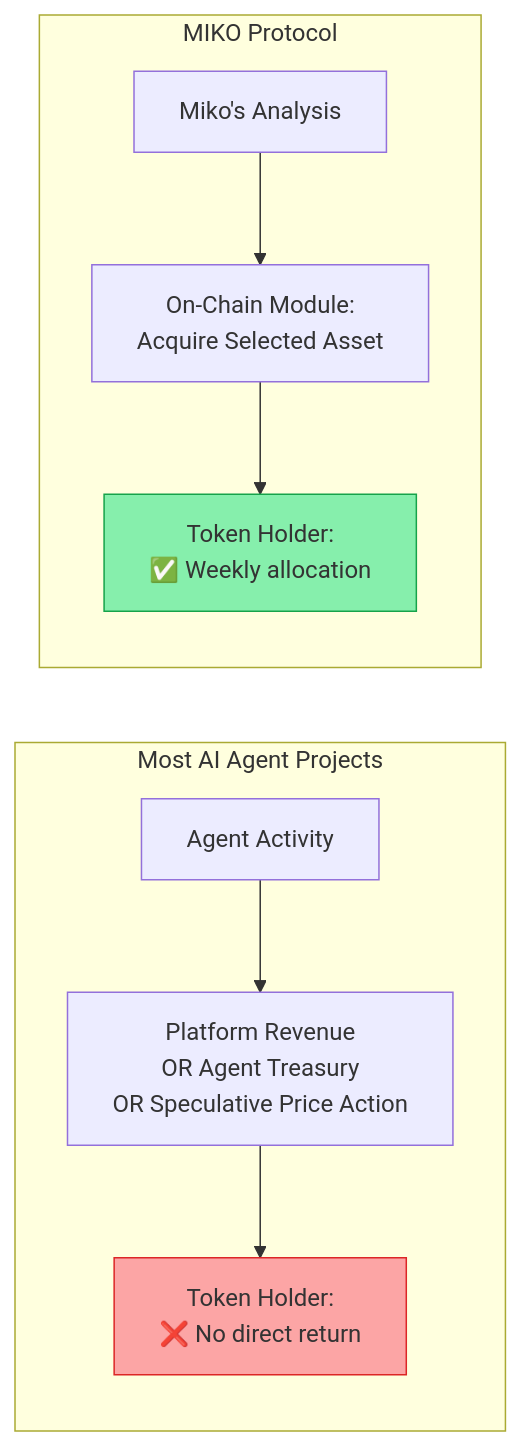
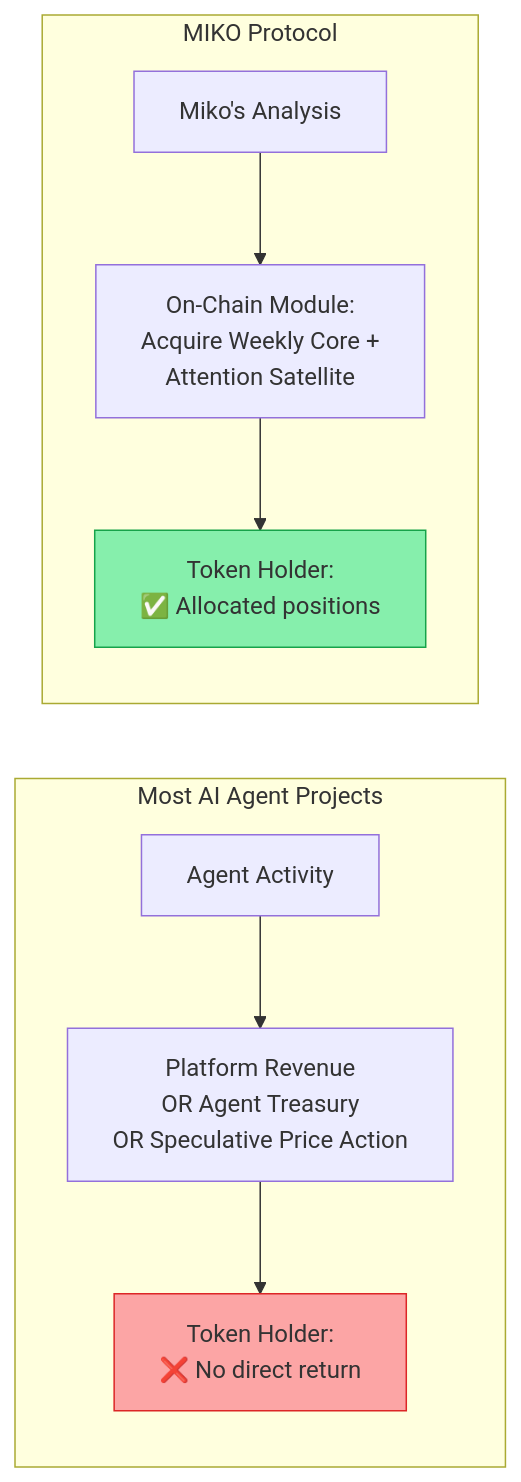
Before and after one commit to Miko-Protocol/docs: the second of 2 diagrams in docs/ecosystem/the-ai-agent-era.md, drawn with Mermaid. The commit also changed other lines of this file and 18 other files, not shown here.

````diff
--- a/docs/ecosystem/the-ai-agent-era.md
+++ b/docs/ecosystem/the-ai-agent-era.md
@@ -126,13 +126,13 @@
 ```mermaid
 graph LR
     subgraph "Most AI Agent Projects"
         A["Agent Activity"] --> B["Platform Revenue<br/>OR Agent Treasury<br/>OR Speculative Price Action"]
         B --> C["Token Holder:<br/>❌ No direct return"]
     end
     subgraph "MIKO Protocol"
-        D["Miko's Analysis"] --> E["On-Chain Module:<br/>Acquire Selected Asset"]
-        E --> F["Token Holder:<br/>✅ Weekly allocation"]
+        D["Miko's Analysis"] --> E["On-Chain Module:<br/>Acquire Weekly Core +<br/>Attention Satellite"]
+        E --> F["Token Holder:<br/>✅ Allocated positions"]
     end
     style C fill:#fca5a5,stroke:#dc2626
     style F fill:#86efac,stroke:#16a34a
 ```
````
